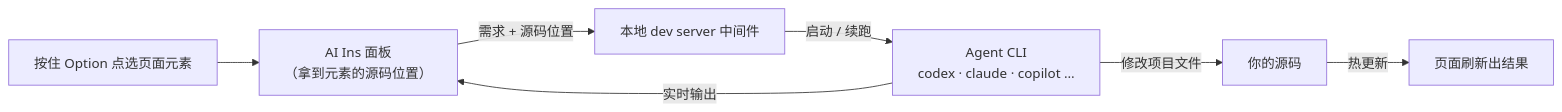
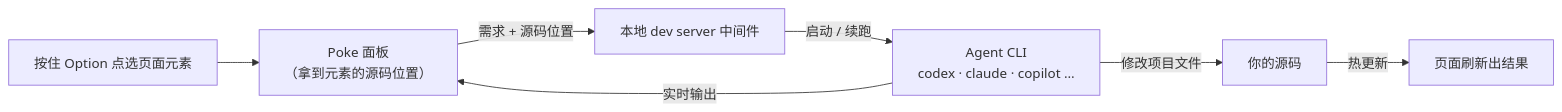
One commit to cc-qq-gg/poke-ai changed the diagram in README.md. Above: the diagram before and after it, drawn with Mermaid. The commit also changed other lines of this file and 27 other files, not shown here.

````diff
--- a/README.md
+++ b/README.md
@@ -22,9 +16,9 @@
 ```mermaid
 flowchart LR
-  A["按住 Option 点选页面元素"] --> B["AI Ins 面板<br/>（拿到元素的源码位置）"]
+  A["按住 Option 点选页面元素"] --> B["Poke 面板<br/>（拿到元素的源码位置）"]
   B -- "需求 + 源码位置" --> C["本地 dev server 中间件"]
   C -- "启动 / 续跑" --> D["Agent CLI<br/>codex · claude · copilot …"]
   D -- "修改项目文件" --> E["你的源码"]
   E -- "热更新" --> F["页面刷新出结果"]
   D -- "实时输出" --> B
 ```
````
